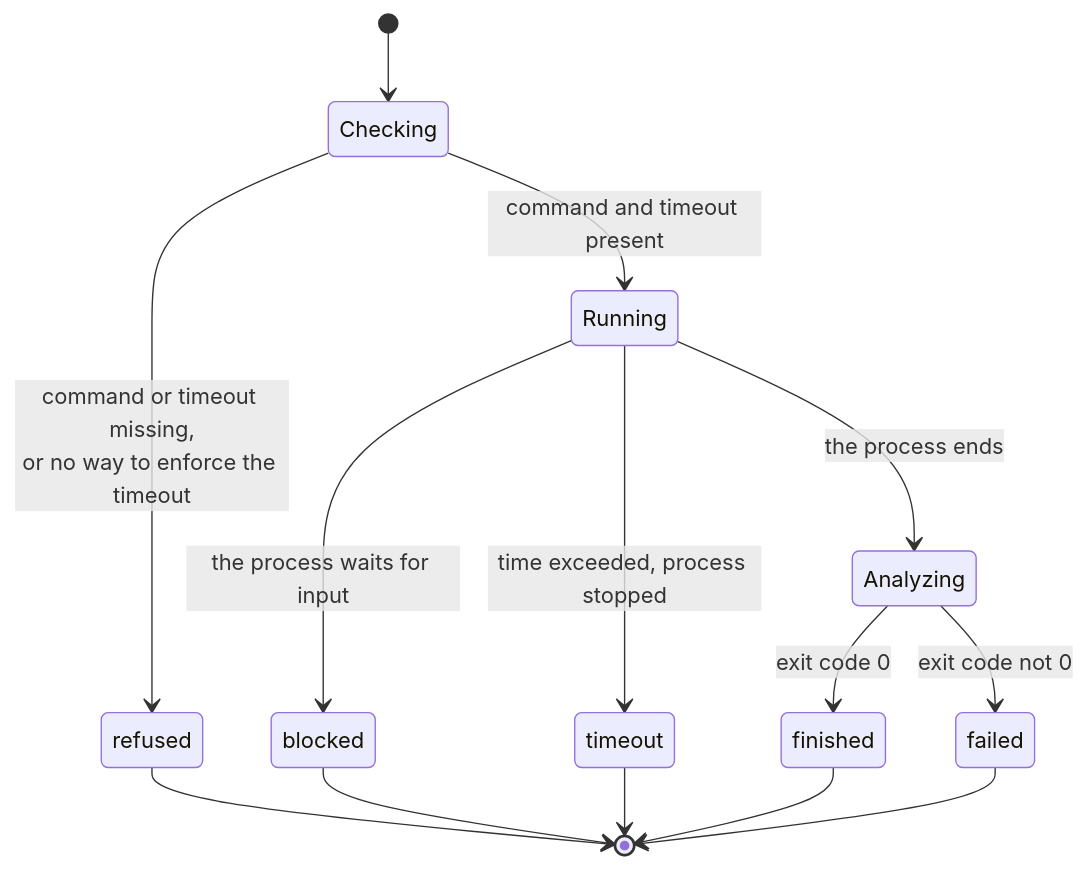
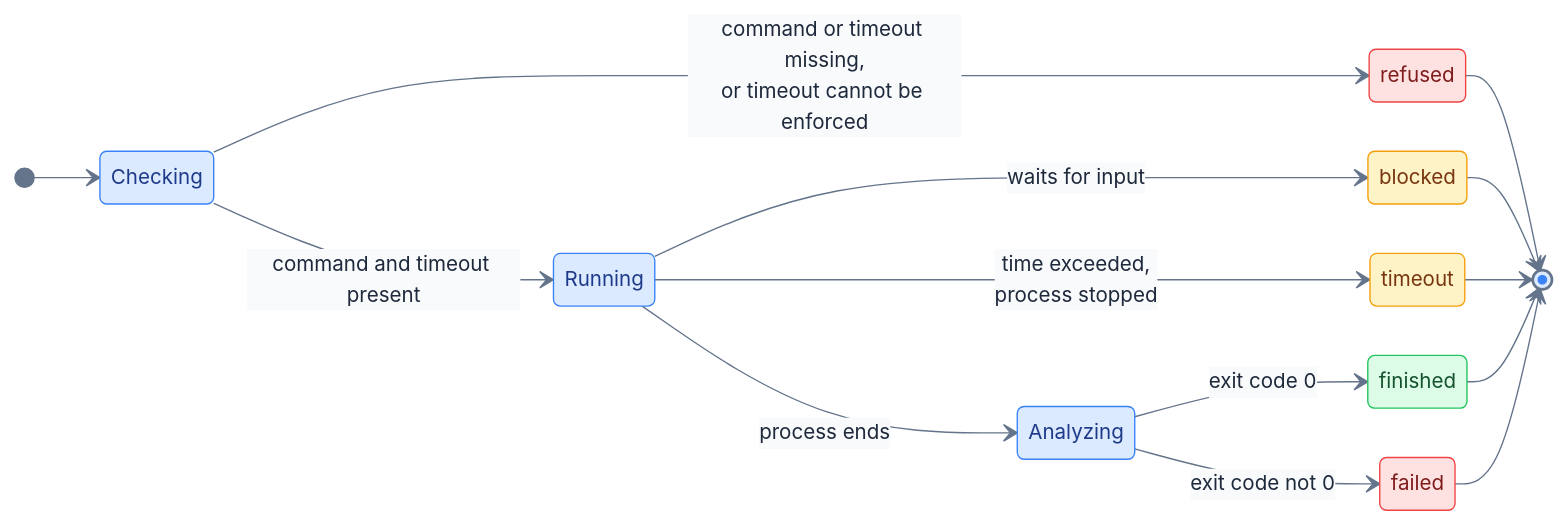
Before and after one commit to HW-Agents-Forge/general-agents: the second of 2 diagrams in docs/agents-catalog.md, drawn with Mermaid. The commit also changed other lines of this file and 9 other files, not shown here.

First line of the commit message:
Modernize the Mermaid diagrams: shared palette, hexagon decisions, cleaner layouts

````diff
--- a/docs/agents-catalog.md
+++ b/docs/agents-catalog.md
@@ -54,16 +68,24 @@
 ```mermaid
+%%{init: {"theme":"base","themeVariables":{"fontFamily":"ui-sans-serif, system-ui, -apple-system, Segoe UI, Helvetica, Arial, sans-serif","fontSize":"15px","textColor":"#1e293b","lineColor":"#64748b","primaryColor":"#dbeafe","primaryBorderColor":"#3b82f6","primaryTextColor":"#1e3a8a","secondaryColor":"#ede9fe","tertiaryColor":"#f8fafc","edgeLabelBackground":"#f8fafc","clusterBkg":"#f8fafc","clusterBorder":"#cbd5e1","titleColor":"#334155"},"flowchart":{"curve":"basis","padding":14,"nodeSpacing":36,"rankSpacing":48,"htmlLabels":true}}}%%
 stateDiagram-v2
+    direction LR
     [*] --> Checking
-    Checking --> refused: command or timeout missing,<br/>or no way to enforce the timeout
+    Checking --> refused: command or timeout missing,<br/>or timeout cannot be enforced
     Checking --> Running: command and timeout present
-    Running --> blocked: the process waits for input
-    Running --> timeout: time exceeded, process stopped
-    Running --> Analyzing: the process ends
+    Running --> blocked: waits for input
+    Running --> timeout: time exceeded,<br/>process stopped
+    Running --> Analyzing: process ends
     Analyzing --> finished: exit code 0
     Analyzing --> failed: exit code not 0
     refused --> [*]
     blocked --> [*]
     timeout --> [*]
     finished --> [*]
     failed --> [*]
+    classDef ok fill:#dcfce7,stroke:#22c55e,color:#14532d
+    classDef ko fill:#fee2e2,stroke:#ef4444,color:#7f1d1d
+    classDef warn fill:#fef3c7,stroke:#f59e0b,color:#78350f
+    class finished ok
+    class failed,refused ko
+    class blocked,timeout warn
 ```
````
